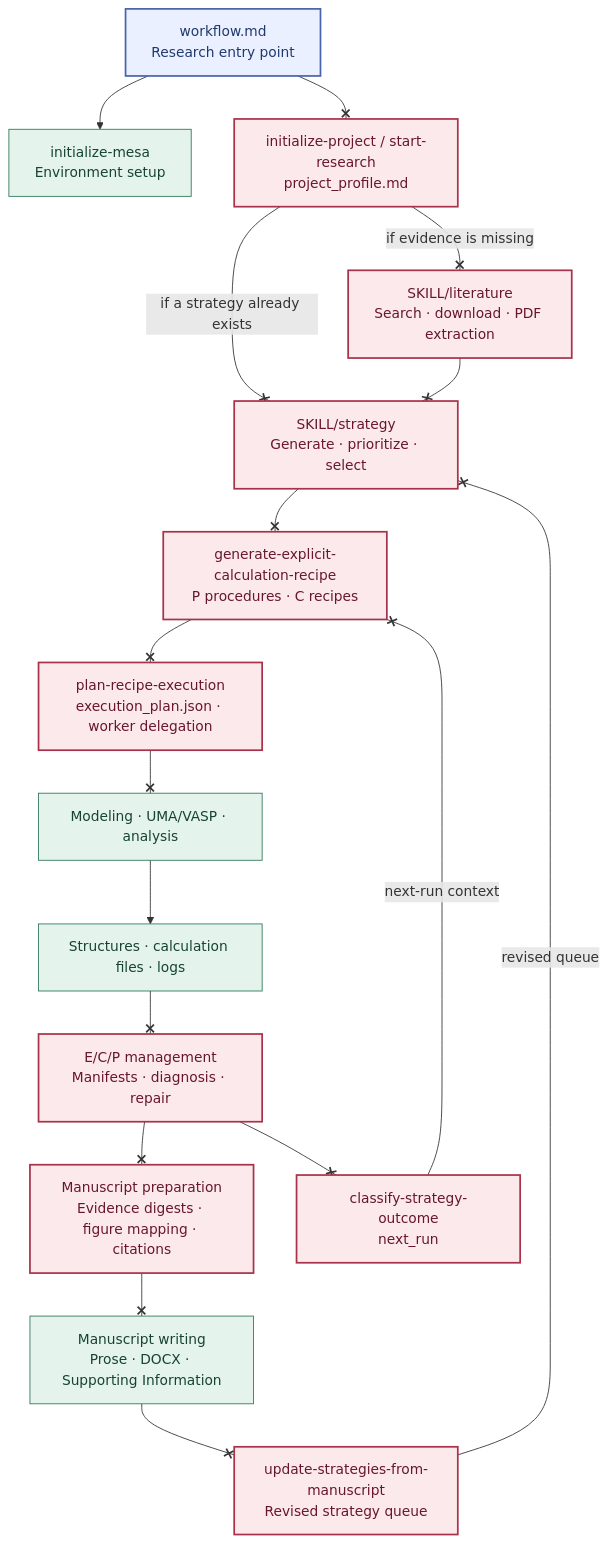
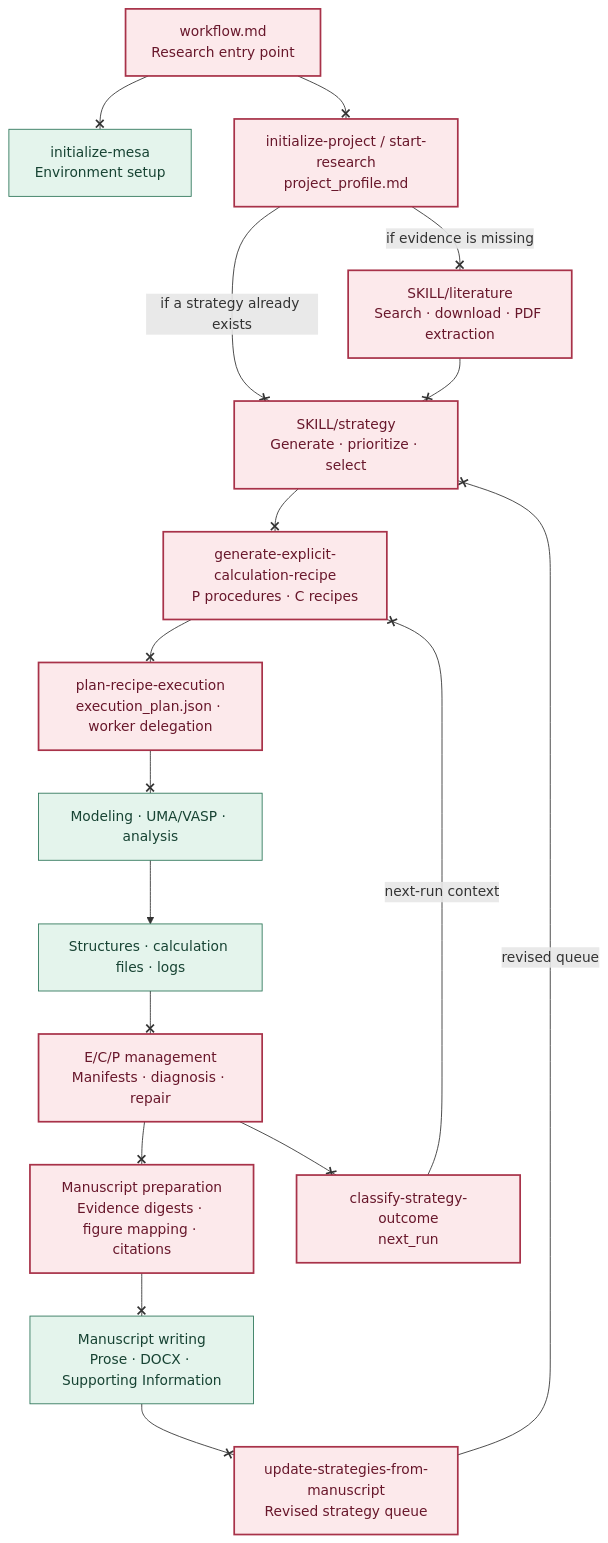
The first of 2 diagrams in ablation_diagram.md (kangmg/mesa), drawn with Mermaid before and after one commit. The commit also changed other lines of this file and 44 other files, not shown here.

````diff
--- a/ablation_diagram.md
+++ b/ablation_diagram.md
@@ -16,41 +16,40 @@
 ```mermaid
 flowchart TB
     accTitle: Original MESA workflow with ablation cuts
     accDescr: The original workflow links project setup, literature, strategies, recipes, execution management, and manuscript preparation. Cross-ended connections mark dependencies removed by ablation.
 
-    Root["workflow.md<br/>Research entry point"]:::rewritten
+    Root["workflow.md<br/>Research entry point"]:::removed
     Setup["initialize-mesa<br/>Environment setup"]:::retained
     Startup["initialize-project / start-research<br/>project_profile.md"]:::removed
     Literature["SKILL/literature<br/>Search · download · PDF extraction"]:::removed
     Strategy["SKILL/strategy<br/>Generate · prioritize · select"]:::removed
     Recipe["generate-explicit-calculation-recipe<br/>P procedures · C recipes"]:::removed
     Dispatch["plan-recipe-execution<br/>execution_plan.json · worker delegation"]:::removed
     Tools["Modeling · UMA/VASP · analysis"]:::retained
     Raw["Structures · calculation files · logs"]:::retained
     Records["E/C/P management<br/>Manifests · diagnosis · repair"]:::removed
     Evidence["Manuscript preparation<br/>Evidence digests · figure mapping · citations"]:::removed
     Writing["Manuscript writing<br/>Prose · DOCX · Supporting Information"]:::retained
     Outcome["classify-strategy-outcome<br/>next_run"]:::removed
     Update["update-strategies-from-manuscript<br/>Revised strategy queue"]:::removed
 
-    Root --> Setup
+    Root --x Setup
     Root --x Startup
     Startup -- "if evidence is missing" --x Literature
     Startup -- "if a strategy already exists" --x Strategy
     Literature --x Strategy
     Strategy --x Recipe
     Recipe --x Dispatch
     Dispatch --x Tools
     Tools --> Raw
     Raw --x Records
     Records --x Evidence
     Evidence --x Writing
     Records --x Outcome
     Outcome -- "next-run context" --x Recipe
     Writing --x Update
     Update -- "revised queue" --x Strategy
 
     classDef removed fill:#fce9eb,stroke:#a83249,color:#68172b,stroke-width:2px;
     classDef retained fill:#e4f4ec,stroke:#2d7559,color:#174333;
-    classDef rewritten fill:#eaf0ff,stroke:#4865a9,color:#20396d,stroke-width:2px;
 ```
````
